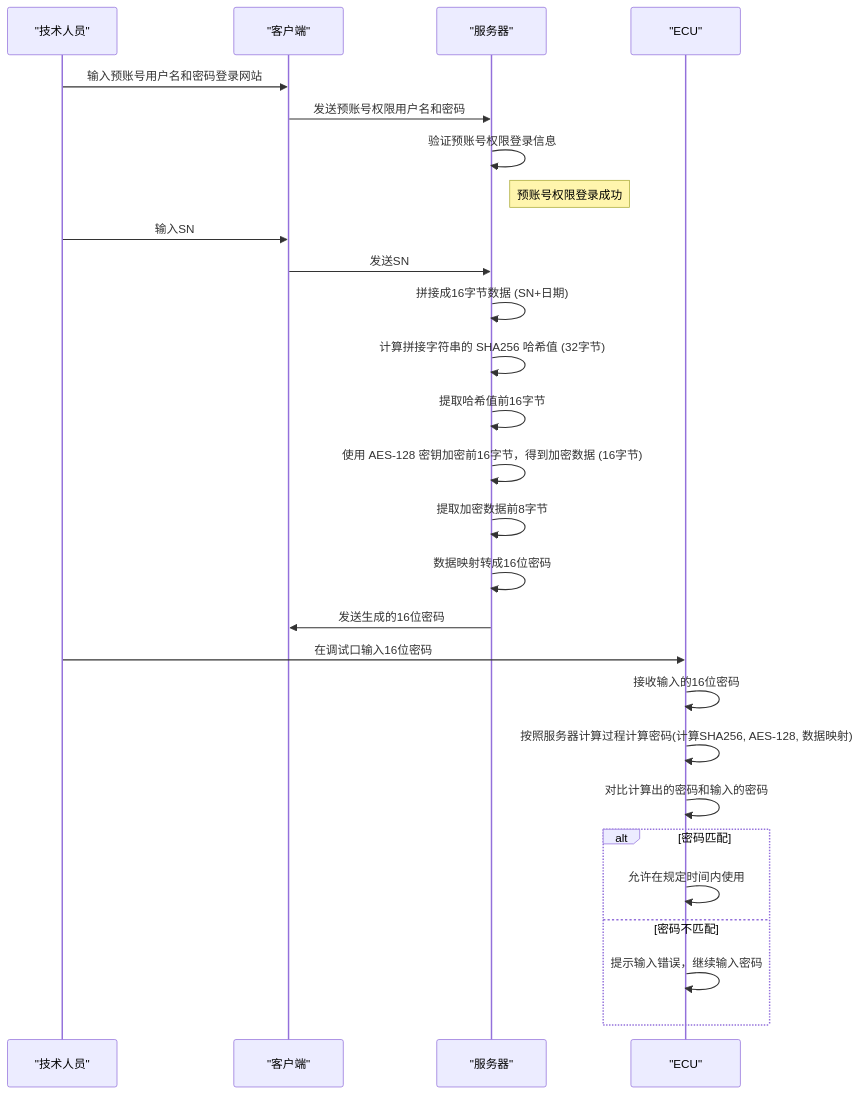
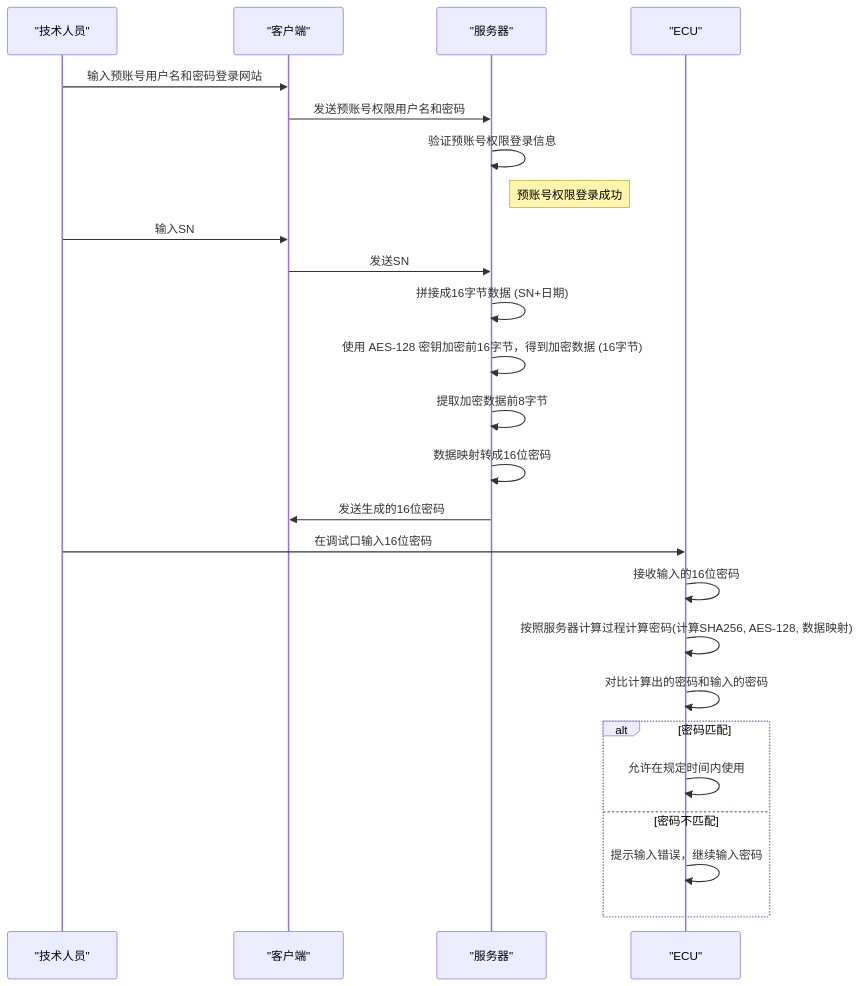
Before and after one commit to facebook-cloud/iodraw-files: the diagram in all/未命名-12.md, drawn with Mermaid.

Commit message:
2026-01-14 13:55:22 update

````diff
--- a/all/未命名-12.md
+++ b/all/未命名-12.md
@@ -1,38 +1,37 @@
 ```mermaid
 sequenceDiagram
     participant Technician as "技术人员"
     participant Client as "客户端"
     participant Server as "服务器"
     participant ECU as "ECU"
 
     Technician->>Client: 输入预账号用户名和密码登录网站
     Client->>Server: 发送预账号权限用户名和密码
 
     Server->>Server: 验证预账号权限登录信息
     Note right of Server: 预账号权限登录成功
 
     Technician->>Client: 输入SN
     Client->>Server: 发送SN
 
     Server->>Server: 拼接成16字节数据 (SN+日期)
-    Server->>Server: 计算拼接字符串的 SHA256 哈希值 (32字节)
-    Server->>Server: 提取哈希值前16字节
+
     Server->>Server: 使用 AES-128 密钥加密前16字节，得到加密数据 (16字节)
     Server->>Server: 提取加密数据前8字节
     Server->>Server: 数据映射转成16位密码
 
     Server->>Client: 发送生成的16位密码
 
     Technician->>ECU: 在调试口输入16位密码
 
     ECU->>ECU: 接收输入的16位密码
     ECU->>ECU: 按照服务器计算过程计算密码(计算SHA256, AES-128, 数据映射)
 
     ECU->>ECU: 对比计算出的密码和输入的密码
     alt 密码匹配
         ECU->>ECU: 允许在规定时间内使用
     else 密码不匹配
         ECU->>ECU: 提示输入错误，继续输入密码
     end
 
 ```
````
